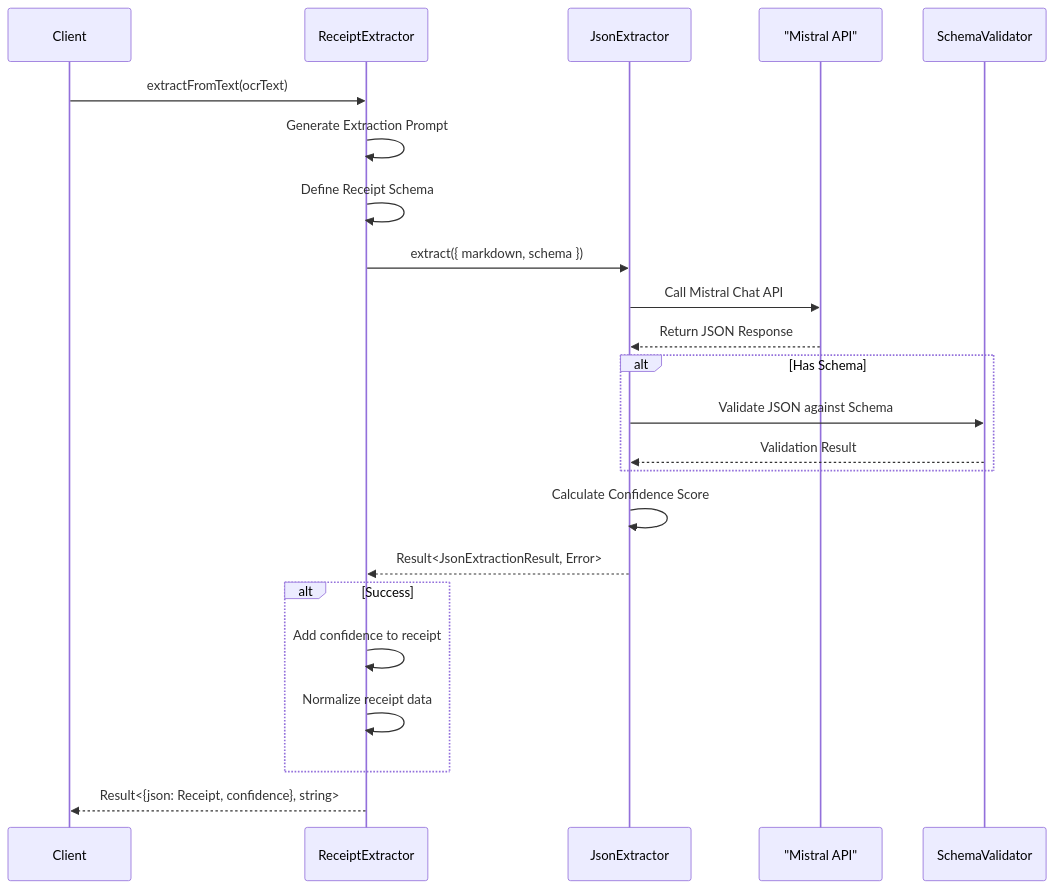
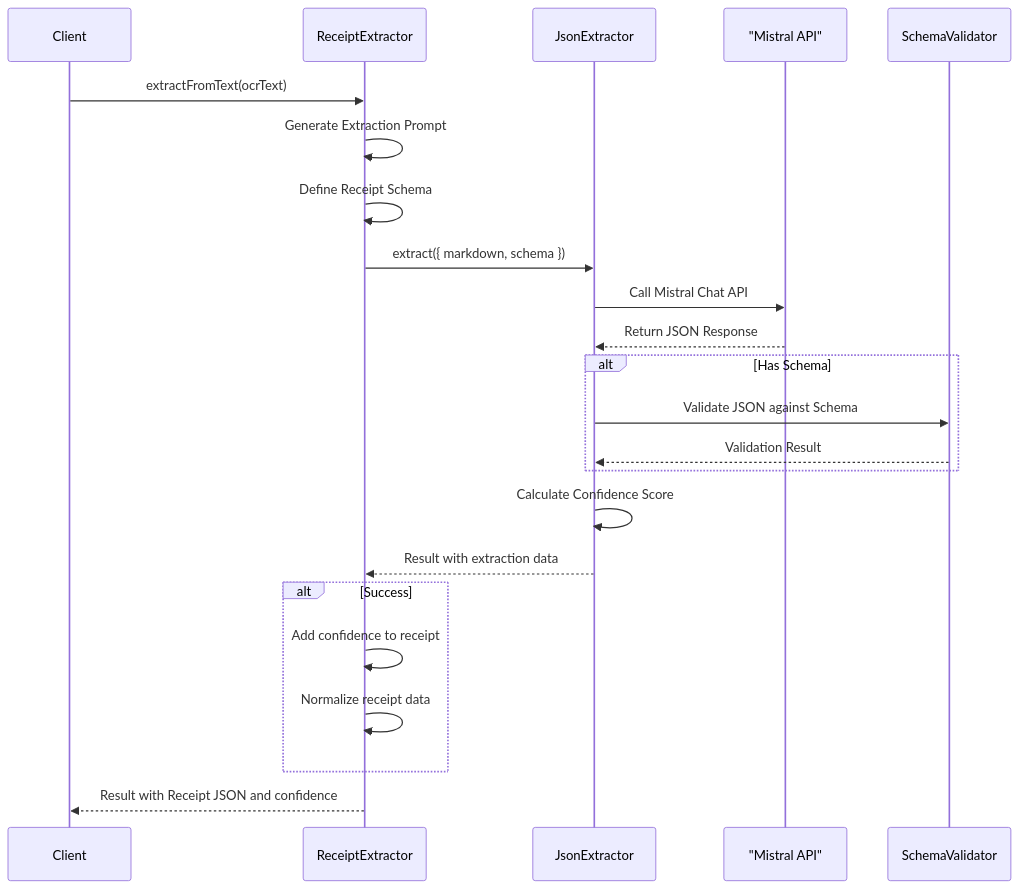
Before and after one commit to o2alexanderfedin/OCRChecksServer-demo: the second of 2 diagrams in docs/receipt-schema-implementation.md, drawn with Mermaid. The commit also changed other lines of this file, not shown here.

First line of the commit message:
fix: update Mermaid diagrams to fix syntax errors

````diff
--- a/docs/receipt-schema-implementation.md
+++ b/docs/receipt-schema-implementation.md
@@ -453,30 +453,30 @@
 ```mermaid
 sequenceDiagram
     participant Client
     participant ReceiptExtractor
     participant JsonExtractor
     participant MistralAPI as "Mistral API"
     participant SchemaValidator
 
     Client->>ReceiptExtractor: extractFromText(ocrText)
     ReceiptExtractor->>ReceiptExtractor: Generate Extraction Prompt
     ReceiptExtractor->>ReceiptExtractor: Define Receipt Schema
     ReceiptExtractor->>JsonExtractor: extract({ markdown, schema })
     JsonExtractor->>MistralAPI: Call Mistral Chat API
     MistralAPI-->>JsonExtractor: Return JSON Response
     
     alt Has Schema
         JsonExtractor->>SchemaValidator: Validate JSON against Schema
         SchemaValidator-->>JsonExtractor: Validation Result
     end
     
     JsonExtractor->>JsonExtractor: Calculate Confidence Score
-    JsonExtractor-->>ReceiptExtractor: Result<JsonExtractionResult, Error>
+    JsonExtractor-->>ReceiptExtractor: Result with extraction data
     
     alt Success
         ReceiptExtractor->>ReceiptExtractor: Add confidence to receipt
         ReceiptExtractor->>ReceiptExtractor: Normalize receipt data
     end
     
-    ReceiptExtractor-->>Client: Result<{json: Receipt, confidence}, string>
+    ReceiptExtractor-->>Client: Result with Receipt JSON and confidence
 ```
````
